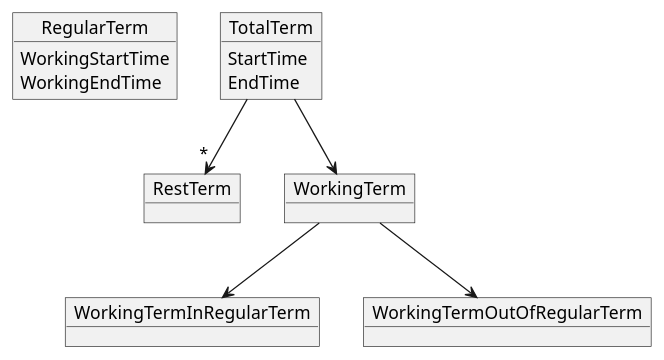
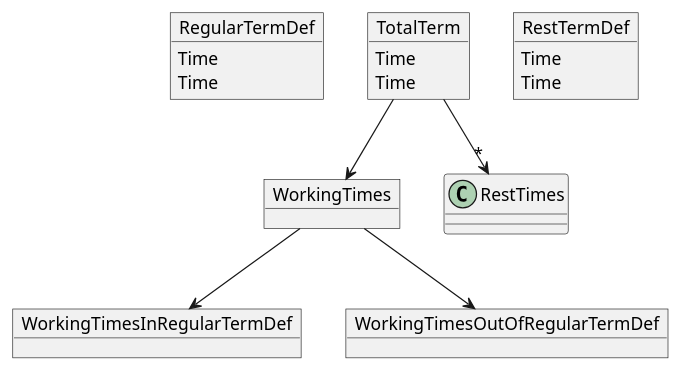
Before and after one commit to suzuki-hoge/kintai: the diagram in 2017-11-haskell-bdd/doc/register.puml, drawn with PlantUML. The commit also changed 16 other files, not shown here.

```diff
--- a/2017-11-haskell-bdd/doc/register.puml
+++ b/2017-11-haskell-bdd/doc/register.puml
@@ -1,30 +1,33 @@
 @startuml
 
-object RegularTerm {
-  WorkingStartTime
-  WorkingEndTime
+object RegularTermDef {
+  Time
+  Time
 }
 
 object TotalTerm {
-  StartTime
-  EndTime
+  Time
+  Time
 }
 
-object RestTerm
-
-object WorkingTerm {
+object RestTermDef {
+  Time
+  Time
 }
 
-object WorkingTermInRegularTerm {
+object WorkingTimes {
 }
 
-object WorkingTermOutOfRegularTerm {
+object WorkingTimesInRegularTermDef {
 }
 
-WorkingTerm --> WorkingTermInRegularTerm
-WorkingTerm --> WorkingTermOutOfRegularTerm
+object WorkingTimesOutOfRegularTermDef {
+}
 
-TotalTerm --> WorkingTerm
-TotalTerm --> "*" RestTerm
+WorkingTimes --> WorkingTimesInRegularTermDef
+WorkingTimes --> WorkingTimesOutOfRegularTermDef
+
+TotalTerm --> WorkingTimes
+TotalTerm --> "*" RestTimes
 
 @enduml
```
